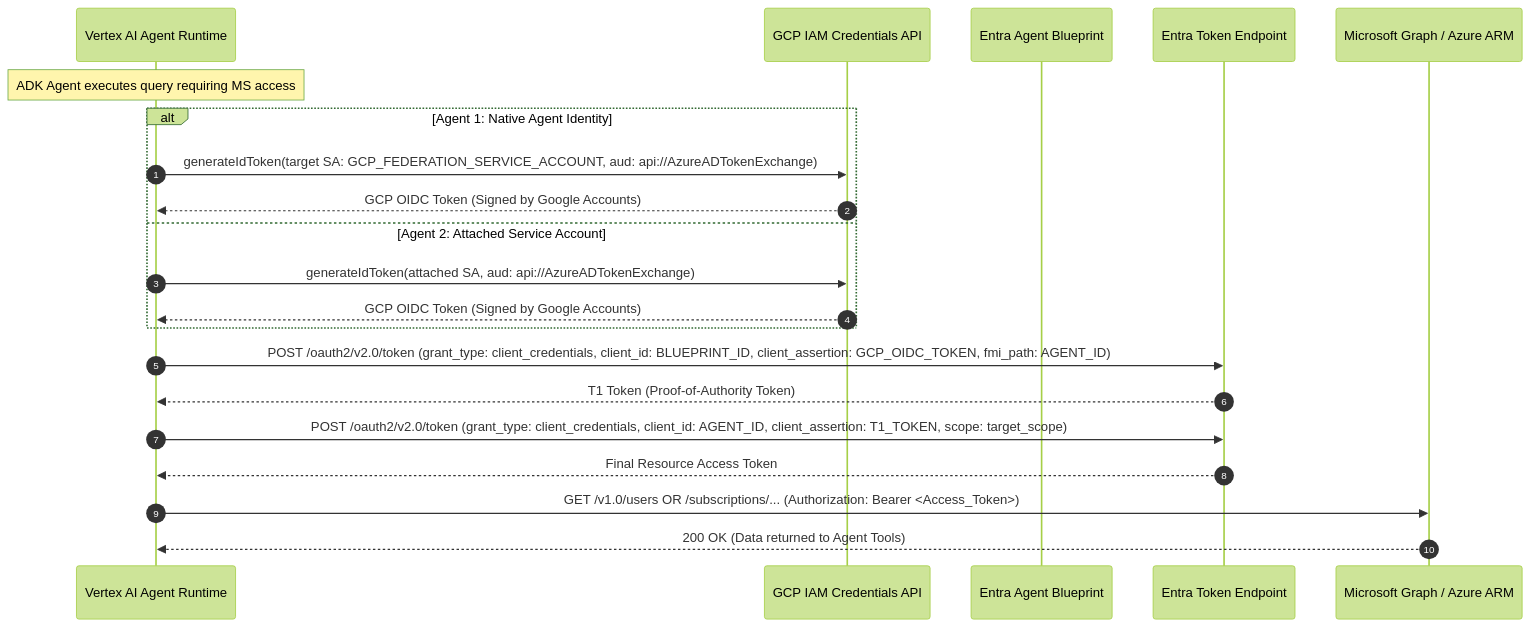
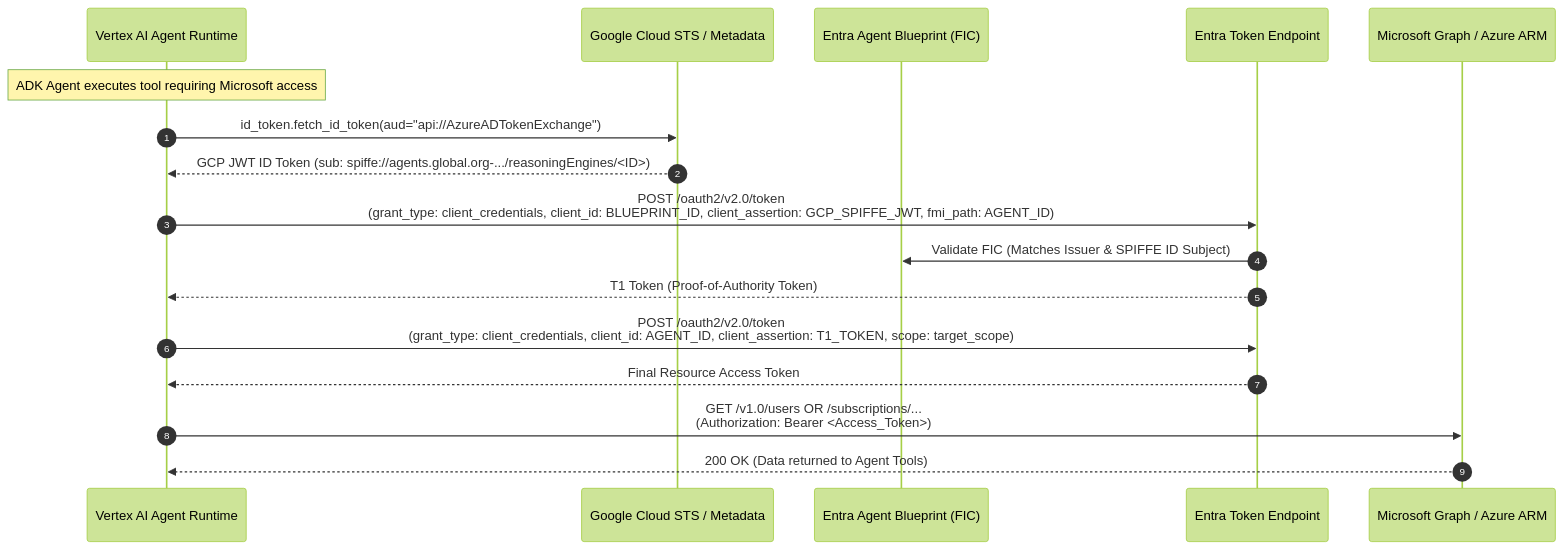
Before and after one commit to arobinson12/gcp-to-entra-agent-federation: the diagram in docs/architecture.md, drawn with Mermaid (forest theme). The commit also changed other lines of this file and 14 other files, not shown here.

Commit message:
feat: direct SPIFFE ID token federation for GCP Agent Identity and move SA patterns to legacy

````diff
--- a/docs/architecture.md
+++ b/docs/architecture.md
@@ -9,28 +15,24 @@
 ```mermaid
 sequenceDiagram
     autonumber
     participant Agent as Vertex AI Agent Runtime
-    participant GCP_IAM as GCP IAM Credentials API
-    participant Blueprint as Entra Agent Blueprint
+    participant STS as Google Cloud STS / Metadata
+    participant Blueprint as Entra Agent Blueprint (FIC)
     participant Entra as Entra Token Endpoint
     participant MS_API as Microsoft Graph / Azure ARM
 
-    Note over Agent: ADK Agent executes query requiring MS access
+    Note over Agent: ADK Agent executes tool requiring Microsoft access
     
-    alt Agent 1: Native Agent Identity
-        Agent->>GCP_IAM: generateIdToken(target SA: GCP_FEDERATION_SERVICE_ACCOUNT, aud: api://AzureADTokenExchange)
-        GCP_IAM-->>Agent: GCP OIDC Token (Signed by Google Accounts)
-    else Agent 2: Attached Service Account
-        Agent->>GCP_IAM: generateIdToken(attached SA, aud: api://AzureADTokenExchange)
-        GCP_IAM-->>Agent: GCP OIDC Token (Signed by Google Accounts)
-    end
+    Agent->>STS: id_token.fetch_id_token(aud="api://AzureADTokenExchange")
+    STS-->>Agent: GCP JWT ID Token (sub: spiffe://agents.global.org-.../reasoningEngines/<ID>)
 
-    Agent->>Entra: POST /oauth2/v2.0/token (grant_type: client_credentials, client_id: BLUEPRINT_ID, client_assertion: GCP_OIDC_TOKEN, fmi_path: AGENT_ID)
+    Agent->>Entra: POST /oauth2/v2.0/token<br/>(grant_type: client_credentials, client_id: BLUEPRINT_ID, client_assertion: GCP_SPIFFE_JWT, fmi_path: AGENT_ID)
+    Entra->>Blueprint: Validate FIC (Matches Issuer & SPIFFE ID Subject)
     Entra-->>Agent: T1 Token (Proof-of-Authority Token)
 
-    Agent->>Entra: POST /oauth2/v2.0/token (grant_type: client_credentials, client_id: AGENT_ID, client_assertion: T1_TOKEN, scope: target_scope)
+    Agent->>Entra: POST /oauth2/v2.0/token<br/>(grant_type: client_credentials, client_id: AGENT_ID, client_assertion: T1_TOKEN, scope: target_scope)
     Entra-->>Agent: Final Resource Access Token
 
-    Agent->>MS_API: GET /v1.0/users OR /subscriptions/... (Authorization: Bearer <Access_Token>)
+    Agent->>MS_API: GET /v1.0/users OR /subscriptions/...<br/>(Authorization: Bearer <Access_Token>)
     MS_API-->>Agent: 200 OK (Data returned to Agent Tools)
 ```
````
